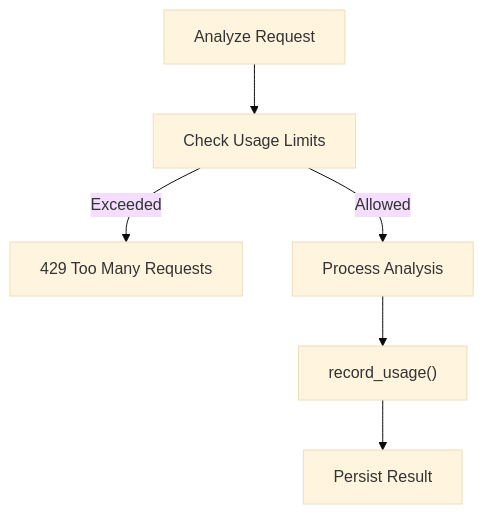
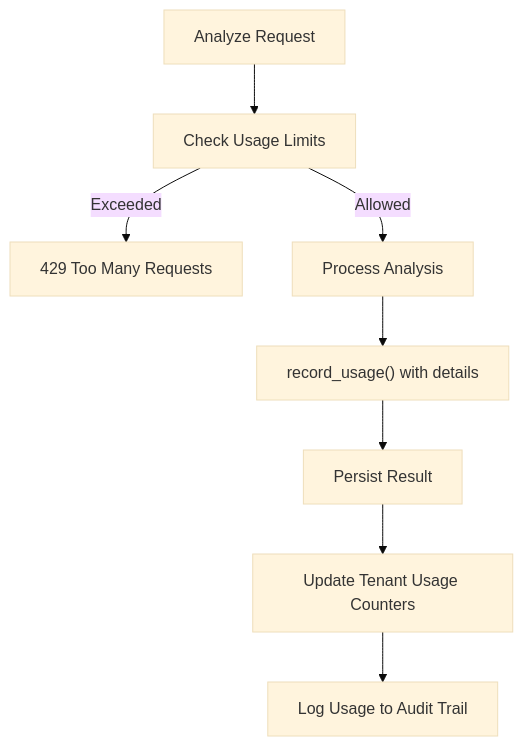
The eighth of 10 diagrams in .qoder/repowiki/en/content/Multi-Tenant System/Multi-Tenant System.md (Revanththetalogics/aireume), drawn with Mermaid (base theme) before and after one commit. The commit also changed other lines of this file and 10 other files, not shown here.

````diff
--- a/.qoder/repowiki/en/content/Multi-Tenant System/Multi-Tenant System.md
+++ b/.qoder/repowiki/en/content/Multi-Tenant System/Multi-Tenant System.md
@@ -365,8 +535,10 @@
 ```mermaid
 flowchart TD
 A["Analyze Request"] --> B["Check Usage Limits"]
 B --> |Exceeded| E["429 Too Many Requests"]
 B --> |Allowed| C["Process Analysis"]
-C --> D["record_usage()"]
+C --> D["record_usage() with details"]
 D --> F["Persist Result"]
+F --> G["Update Tenant Usage Counters"]
+G --> H["Log Usage to Audit Trail"]
 ```
````
